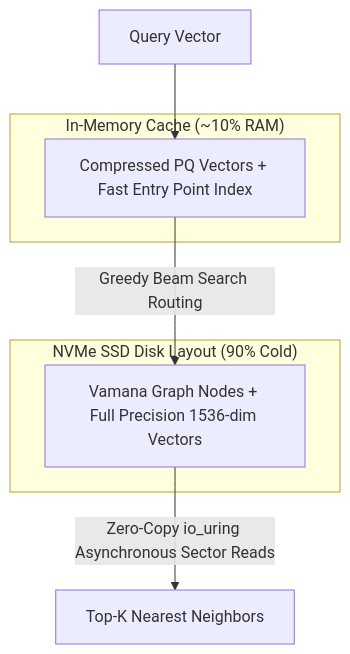
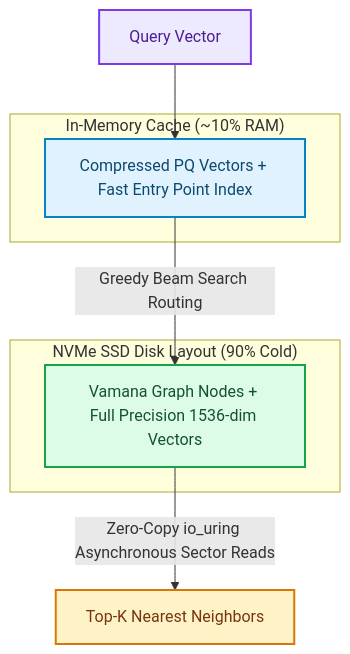
The second of 3 diagrams in blog/posts/architecture-distributed-vector-databases-scale-hnsw-pq-diskann-billion-embeddings.md (akmalkhaniub/akmalkhaniub.github.io), drawn with Mermaid before and after one commit. The commit also changed other lines of this file and 1291 other files, not shown here.

First line of the commit message:
feat(catalog): unique covers, scholarly references, and diagram palettes

````diff
--- a/blog/posts/architecture-distributed-vector-databases-scale-hnsw-pq-diskann-billion-embeddings.md
+++ b/blog/posts/architecture-distributed-vector-databases-scale-hnsw-pq-diskann-billion-embeddings.md
@@ -71,14 +82,24 @@
 ```mermaid
 flowchart TD
   subgraph SG3_InMemoryCache ["In-Memory Cache (~10% RAM)"]
-    Mem[Compressed PQ Vectors + Fast Entry Point Index]
+    Mem["Compressed PQ Vectors + Fast Entry Point Index"]
   end
   
   subgraph SG4_NvmeSsdDisk ["NVMe SSD Disk Layout (90% Cold)"]
-    SSD[Vamana Graph Nodes + Full Precision 1536-dim Vectors]
+    SSD["Vamana Graph Nodes + Full Precision 1536-dim Vectors"]
   end
   
-  Query[Query Vector] --> Mem
+  Query["Query Vector"] --> Mem
   Mem -->|Greedy Beam Search Routing| SSD
-  SSD -->|Zero-Copy io_uring Asynchronous Sector Reads| TopK[Top-K Nearest Neighbors]
+  SSD -->|Zero-Copy io_uring Asynchronous Sector Reads| TopK["Top-K Nearest Neighbors"]
+
+classDef green fill:#dcfce7,stroke:#16a34a,stroke-width:2px,color:#14532d;
+classDef red fill:#fee2e2,stroke:#dc2626,stroke-width:2px,color:#7f1d1d;
+classDef blue fill:#e0f2fe,stroke:#0284c7,stroke-width:2px,color:#0c4a6e;
+classDef yellow fill:#fef3c7,stroke:#d97706,stroke-width:2px,color:#78350f;
+classDef purple fill:#ede9fe,stroke:#7c3aed,stroke-width:2px,color:#4c1d95;
+class Mem blue
+class SSD green
+class Query purple
+class TopK yellow
 ```
````
